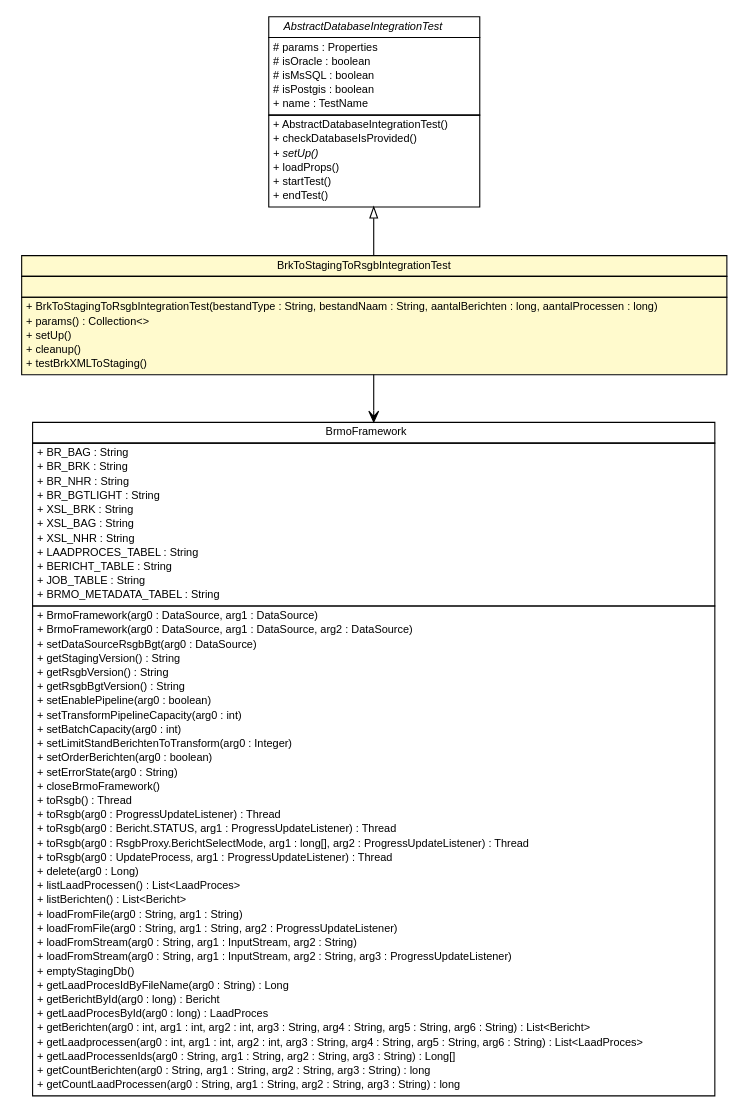
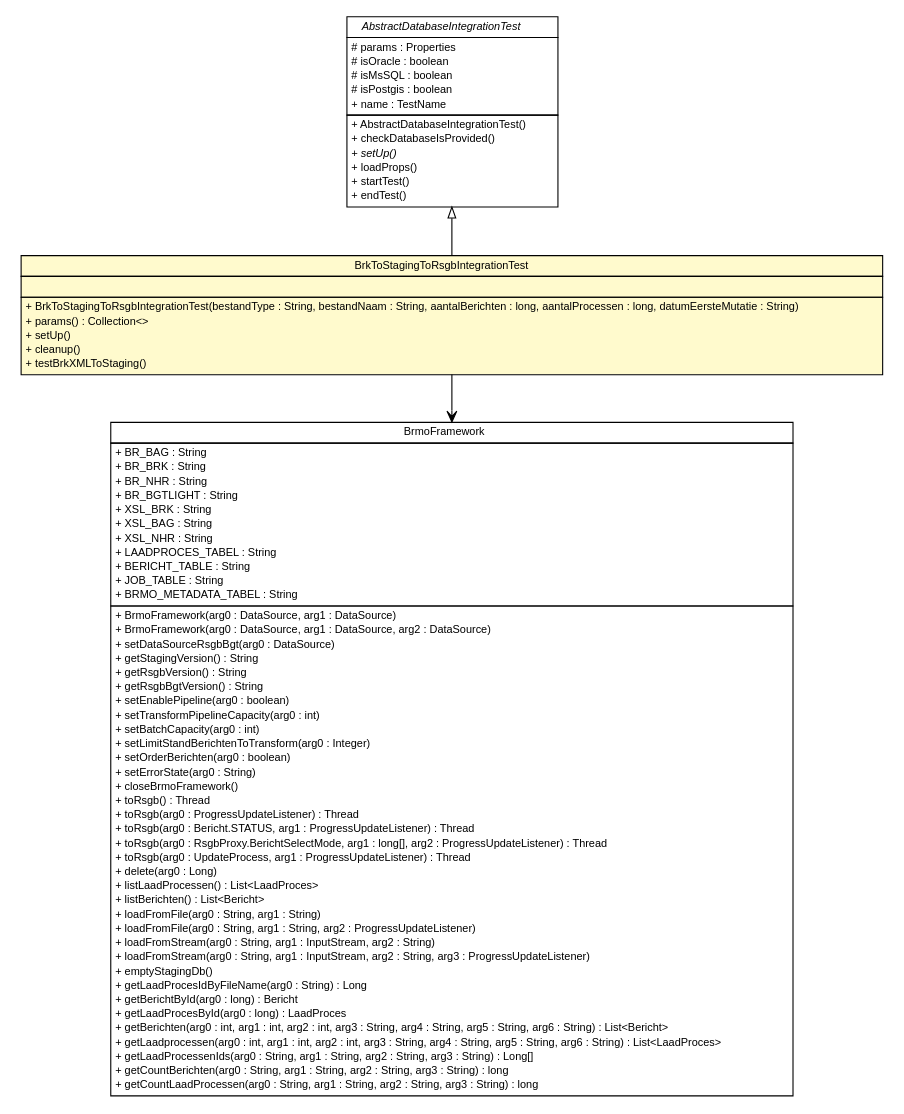
Before and after one commit to B3Partners/brmo: the diagram in brmo-loader/testapidocs/nl/b3p/BrkToStagingToRsgbIntegrationTest.dot, drawn with Graphviz. The commit also changed 340 other files, not shown here.

```diff
--- a/brmo-loader/testapidocs/nl/b3p/BrkToStagingToRsgbIntegrationTest.dot
+++ b/brmo-loader/testapidocs/nl/b3p/BrkToStagingToRsgbIntegrationTest.dot
@@ -1,108 +1,108 @@
 #!/usr/local/bin/dot
 #
 # Class diagram 
 # Generated by UMLGraph version R5_6-24-gf6e263 (http://www.umlgraph.org/)
 #
 
 digraph G {
 	edge [fontname="Helvetica",fontsize=10,labelfontname="Helvetica",labelfontsize=10];
 	node [fontname="Helvetica",fontsize=10,shape=plaintext];
 	nodesep=0.25;
 	ranksep=0.5;
 	// nl.b3p.AbstractDatabaseIntegrationTest
-	c170 [label=<<table title="nl.b3p.AbstractDatabaseIntegrationTest" border="0" cellborder="1" cellspacing="0" cellpadding="2" port="p" href="./AbstractDatabaseIntegrationTest.html">
+	c299 [label=<<table title="nl.b3p.AbstractDatabaseIntegrationTest" border="0" cellborder="1" cellspacing="0" cellpadding="2" port="p" href="./AbstractDatabaseIntegrationTest.html">
 		<tr><td><table border="0" cellspacing="0" cellpadding="1">
 <tr><td align="center" balign="center"><font face="Helvetica-Oblique"> AbstractDatabaseIntegrationTest </font></td></tr>
 		</table></td></tr>
 		<tr><td><table border="0" cellspacing="0" cellpadding="1">
 <tr><td align="left" balign="left"> # params : Properties </td></tr>
 <tr><td align="left" balign="left"> # isOracle : boolean </td></tr>
 <tr><td align="left" balign="left"> # isMsSQL : boolean </td></tr>
 <tr><td align="left" balign="left"> # isPostgis : boolean </td></tr>
 <tr><td align="left" balign="left"> + name : TestName </td></tr>
 		</table></td></tr>
 		<tr><td><table border="0" cellspacing="0" cellpadding="1">
 <tr><td align="left" balign="left"> + AbstractDatabaseIntegrationTest() </td></tr>
 <tr><td align="left" balign="left"> + checkDatabaseIsProvided() </td></tr>
 <tr><td align="left" balign="left"><font face="Helvetica-Oblique" point-size="10.0"> + setUp() </font></td></tr>
 <tr><td align="left" balign="left"> + loadProps() </td></tr>
 <tr><td align="left" balign="left"> + startTest() </td></tr>
 <tr><td align="left" balign="left"> + endTest() </td></tr>
 		</table></td></tr>
 		</table>>, URL="./AbstractDatabaseIntegrationTest.html", fontname="Helvetica", fontcolor="black", fontsize=10.0];
 	// nl.b3p.BrkToStagingToRsgbIntegrationTest
-	c174 [label=<<table title="nl.b3p.BrkToStagingToRsgbIntegrationTest" border="0" cellborder="1" cellspacing="0" cellpadding="2" port="p" bgcolor="lemonChiffon" href="./BrkToStagingToRsgbIntegrationTest.html">
+	c303 [label=<<table title="nl.b3p.BrkToStagingToRsgbIntegrationTest" border="0" cellborder="1" cellspacing="0" cellpadding="2" port="p" bgcolor="lemonChiffon" href="./BrkToStagingToRsgbIntegrationTest.html">
 		<tr><td><table border="0" cellspacing="0" cellpadding="1">
 <tr><td align="center" balign="center"> BrkToStagingToRsgbIntegrationTest </td></tr>
 		</table></td></tr>
 		<tr><td><table border="0" cellspacing="0" cellpadding="1">
 <tr><td align="left" balign="left">  </td></tr>
 		</table></td></tr>
 		<tr><td><table border="0" cellspacing="0" cellpadding="1">
-<tr><td align="left" balign="left"> + BrkToStagingToRsgbIntegrationTest(bestandType : String, bestandNaam : String, aantalBerichten : long, aantalProcessen : long) </td></tr>
+<tr><td align="left" balign="left"> + BrkToStagingToRsgbIntegrationTest(bestandType : String, bestandNaam : String, aantalBerichten : long, aantalProcessen : long, datumEersteMutatie : String) </td></tr>
 <tr><td align="left" balign="left"> + params() : Collection&lt;&gt; </td></tr>
 <tr><td align="left" balign="left"> + setUp() </td></tr>
 <tr><td align="left" balign="left"> + cleanup() </td></tr>
 <tr><td align="left" balign="left"> + testBrkXMLToStaging() </td></tr>
 		</table></td></tr>
 		</table>>, URL="./BrkToStagingToRsgbIntegrationTest.html", fontname="Helvetica", fontcolor="black", fontsize=10.0];
 	//nl.b3p.BrkToStagingToRsgbIntegrationTest extends nl.b3p.AbstractDatabaseIntegrationTest
-	c170:p -> c174:p [dir=back,arrowtail=empty];
+	c299:p -> c303:p [dir=back,arrowtail=empty];
 	// nl.b3p.BrkToStagingToRsgbIntegrationTest NAVASSOC nl.b3p.brmo.loader.BrmoFramework
-	c174:p -> c182:p [taillabel="", label="", headlabel="", fontname="Helvetica", fontcolor="black", fontsize=10.0, color="black", arrowhead=open];
+	c303:p -> c313:p [taillabel="", label="", headlabel="", fontname="Helvetica", fontcolor="black", fontsize=10.0, color="black", arrowhead=open];
 	// nl.b3p.brmo.loader.BrmoFramework
-	c182 [label=<<table title="nl.b3p.brmo.loader.BrmoFramework" border="0" cellborder="1" cellspacing="0" cellpadding="2" port="p">
+	c313 [label=<<table title="nl.b3p.brmo.loader.BrmoFramework" border="0" cellborder="1" cellspacing="0" cellpadding="2" port="p">
 		<tr><td><table border="0" cellspacing="0" cellpadding="1">
 <tr><td align="center" balign="center"> BrmoFramework </td></tr>
 		</table></td></tr>
 		<tr><td><table border="0" cellspacing="0" cellpadding="1">
 <tr><td align="left" balign="left"> + BR_BAG : String </td></tr>
 <tr><td align="left" balign="left"> + BR_BRK : String </td></tr>
 <tr><td align="left" balign="left"> + BR_NHR : String </td></tr>
 <tr><td align="left" balign="left"> + BR_BGTLIGHT : String </td></tr>
 <tr><td align="left" balign="left"> + XSL_BRK : String </td></tr>
 <tr><td align="left" balign="left"> + XSL_BAG : String </td></tr>
 <tr><td align="left" balign="left"> + XSL_NHR : String </td></tr>
 <tr><td align="left" balign="left"> + LAADPROCES_TABEL : String </td></tr>
 <tr><td align="left" balign="left"> + BERICHT_TABLE : String </td></tr>
 <tr><td align="left" balign="left"> + JOB_TABLE : String </td></tr>
 <tr><td align="left" balign="left"> + BRMO_METADATA_TABEL : String </td></tr>
 		</table></td></tr>
 		<tr><td><table border="0" cellspacing="0" cellpadding="1">
 <tr><td align="left" balign="left"> + BrmoFramework(arg0 : DataSource, arg1 : DataSource) </td></tr>
 <tr><td align="left" balign="left"> + BrmoFramework(arg0 : DataSource, arg1 : DataSource, arg2 : DataSource) </td></tr>
 <tr><td align="left" balign="left"> + setDataSourceRsgbBgt(arg0 : DataSource) </td></tr>
 <tr><td align="left" balign="left"> + getStagingVersion() : String </td></tr>
 <tr><td align="left" balign="left"> + getRsgbVersion() : String </td></tr>
 <tr><td align="left" balign="left"> + getRsgbBgtVersion() : String </td></tr>
 <tr><td align="left" balign="left"> + setEnablePipeline(arg0 : boolean) </td></tr>
 <tr><td align="left" balign="left"> + setTransformPipelineCapacity(arg0 : int) </td></tr>
 <tr><td align="left" balign="left"> + setBatchCapacity(arg0 : int) </td></tr>
 <tr><td align="left" balign="left"> + setLimitStandBerichtenToTransform(arg0 : Integer) </td></tr>
 <tr><td align="left" balign="left"> + setOrderBerichten(arg0 : boolean) </td></tr>
 <tr><td align="left" balign="left"> + setErrorState(arg0 : String) </td></tr>
 <tr><td align="left" balign="left"> + closeBrmoFramework() </td></tr>
 <tr><td align="left" balign="left"> + toRsgb() : Thread </td></tr>
 <tr><td align="left" balign="left"> + toRsgb(arg0 : ProgressUpdateListener) : Thread </td></tr>
 <tr><td align="left" balign="left"> + toRsgb(arg0 : Bericht.STATUS, arg1 : ProgressUpdateListener) : Thread </td></tr>
 <tr><td align="left" balign="left"> + toRsgb(arg0 : RsgbProxy.BerichtSelectMode, arg1 : long[], arg2 : ProgressUpdateListener) : Thread </td></tr>
 <tr><td align="left" balign="left"> + toRsgb(arg0 : UpdateProcess, arg1 : ProgressUpdateListener) : Thread </td></tr>
 <tr><td align="left" balign="left"> + delete(arg0 : Long) </td></tr>
 <tr><td align="left" balign="left"> + listLaadProcessen() : List&lt;LaadProces&gt; </td></tr>
 <tr><td align="left" balign="left"> + listBerichten() : List&lt;Bericht&gt; </td></tr>
 <tr><td align="left" balign="left"> + loadFromFile(arg0 : String, arg1 : String) </td></tr>
 <tr><td align="left" balign="left"> + loadFromFile(arg0 : String, arg1 : String, arg2 : ProgressUpdateListener) </td></tr>
 <tr><td align="left" balign="left"> + loadFromStream(arg0 : String, arg1 : InputStream, arg2 : String) </td></tr>
 <tr><td align="left" balign="left"> + loadFromStream(arg0 : String, arg1 : InputStream, arg2 : String, arg3 : ProgressUpdateListener) </td></tr>
 <tr><td align="left" balign="left"> + emptyStagingDb() </td></tr>
 <tr><td align="left" balign="left"> + getLaadProcesIdByFileName(arg0 : String) : Long </td></tr>
 <tr><td align="left" balign="left"> + getBerichtById(arg0 : long) : Bericht </td></tr>
 <tr><td align="left" balign="left"> + getLaadProcesById(arg0 : long) : LaadProces </td></tr>
 <tr><td align="left" balign="left"> + getBerichten(arg0 : int, arg1 : int, arg2 : int, arg3 : String, arg4 : String, arg5 : String, arg6 : String) : List&lt;Bericht&gt; </td></tr>
 <tr><td align="left" balign="left"> + getLaadprocessen(arg0 : int, arg1 : int, arg2 : int, arg3 : String, arg4 : String, arg5 : String, arg6 : String) : List&lt;LaadProces&gt; </td></tr>
 <tr><td align="left" balign="left"> + getLaadProcessenIds(arg0 : String, arg1 : String, arg2 : String, arg3 : String) : Long[] </td></tr>
 <tr><td align="left" balign="left"> + getCountBerichten(arg0 : String, arg1 : String, arg2 : String, arg3 : String) : long </td></tr>
 <tr><td align="left" balign="left"> + getCountLaadProcessen(arg0 : String, arg1 : String, arg2 : String, arg3 : String) : long </td></tr>
 		</table></td></tr>
 		</table>>, URL="null", fontname="Helvetica", fontcolor="black", fontsize=10.0];
 }
```
